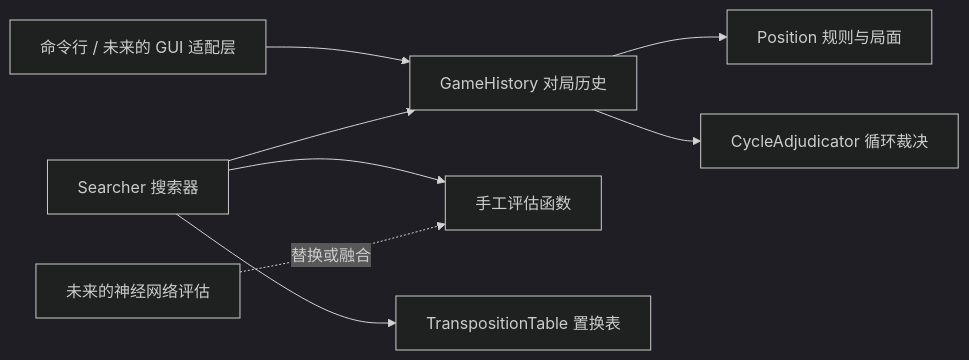
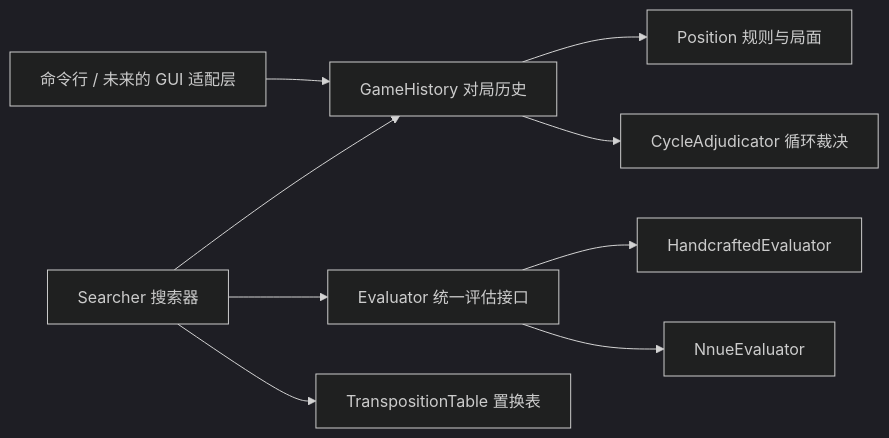
Before and after one commit to Nightsky-Lty/chinese-cheese-ai: the diagram in README.md, drawn with Mermaid (dark theme). The commit also changed other lines of this file and 6 other files, not shown here.

````diff
--- a/README.md
+++ b/README.md
@@ -41,10 +42,11 @@
 ```mermaid
 flowchart LR
     UI["命令行 / 未来的 GUI 适配层"] --> GH["GameHistory 对局历史"]
     SEARCH["Searcher 搜索器"] --> GH
     GH --> POS["Position 规则与局面"]
     GH --> CA["CycleAdjudicator 循环裁决"]
-    SEARCH --> EVAL["手工评估函数"]
+    SEARCH --> EVAL["Evaluator 统一评估接口"]
+    EVAL --> HCE["HandcraftedEvaluator"]
+    EVAL --> NN["NnueEvaluator"]
     SEARCH --> TT["TranspositionTable 置换表"]
-    NN["未来的神经网络评估"] -.替换或融合.-> EVAL
 ```
````
